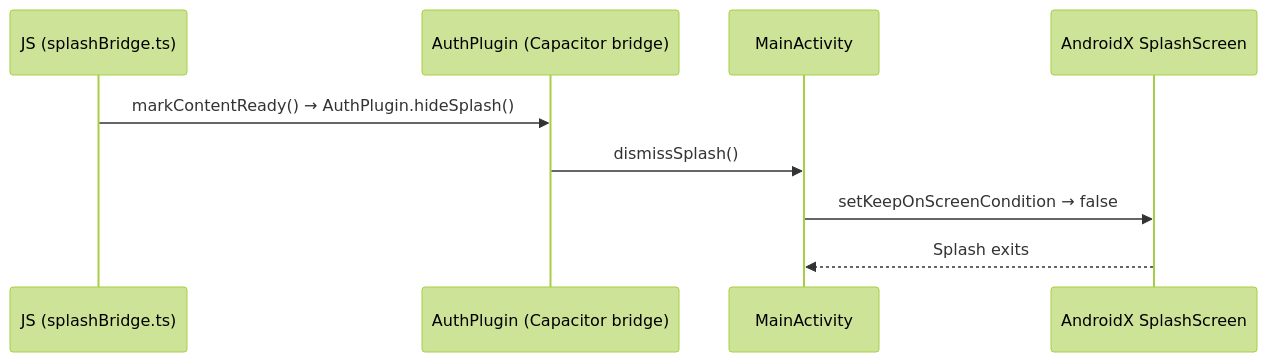
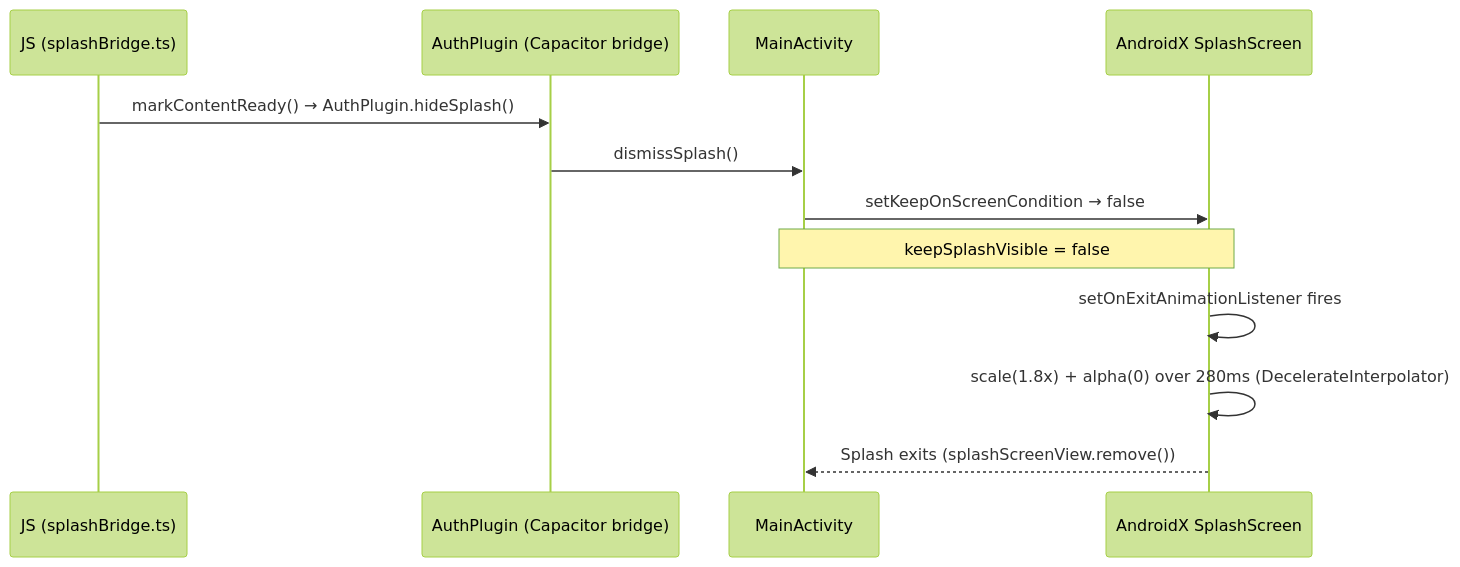
One commit to a1121611810/Pictelio changed the second of 2 diagrams in openwiki/integrations/android-native.md. Above: the diagram before and after it, drawn with Mermaid (forest theme). The commit also changed 5 other files, not shown here.

````diff
--- a/openwiki/integrations/android-native.md
+++ b/openwiki/integrations/android-native.md
@@ -101,12 +101,15 @@
 ```mermaid
 sequenceDiagram
     participant JS as JS (splashBridge.ts)
     participant AP as AuthPlugin (Capacitor bridge)
     participant MA as MainActivity
     participant SS as AndroidX SplashScreen
 
     JS->>AP: markContentReady() → AuthPlugin.hideSplash()
     AP->>MA: dismissSplash()
     MA->>SS: setKeepOnScreenCondition → false
-    SS-->>MA: Splash exits
+    Note over MA,SS: keepSplashVisible = false
+    SS->>SS: setOnExitAnimationListener fires
+    SS->>SS: scale(1.8x) + alpha(0) over 280ms (DecelerateInterpolator)
+    SS-->>MA: Splash exits (splashScreenView.remove())
 ```
````
